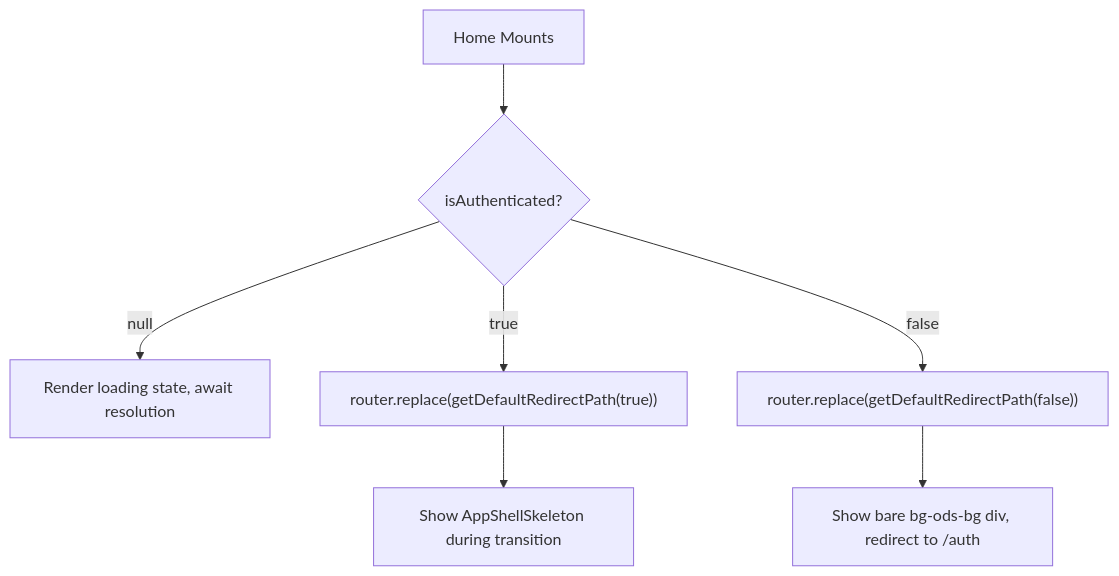
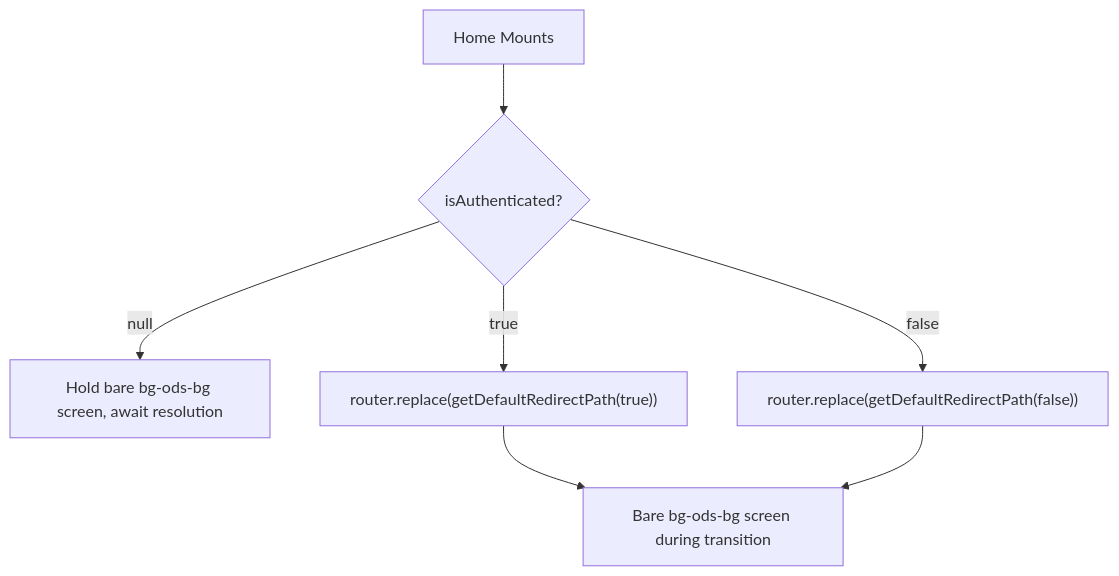
The diagram in src/app/.page.md (flamingo-stack/openframe-oss-frontend), drawn with Mermaid before and after one commit. The commit also changed other lines of this file and 25 other files, not shown here.

First line of the commit message:
refactor(app): retire the app-shell skeleton

````diff
--- a/src/app/.page.md
+++ b/src/app/.page.md
@@ -18,9 +16,9 @@
 ```mermaid
 graph TD
     A["Home Mounts"] --> B{"isAuthenticated?"}
-    B -->|null| C["Render loading state, await resolution"]
+    B -->|null| C["Hold bare bg-ods-bg screen, await resolution"]
     B -->|true| D["router.replace(getDefaultRedirectPath(true))"]
     B -->|false| E["router.replace(getDefaultRedirectPath(false))"]
-    D --> F["Show AppShellSkeleton during transition"]
-    E --> G["Show bare bg-ods-bg div, redirect to /auth"]
+    D --> F["Bare bg-ods-bg screen during transition"]
+    E --> F
 ```
````
